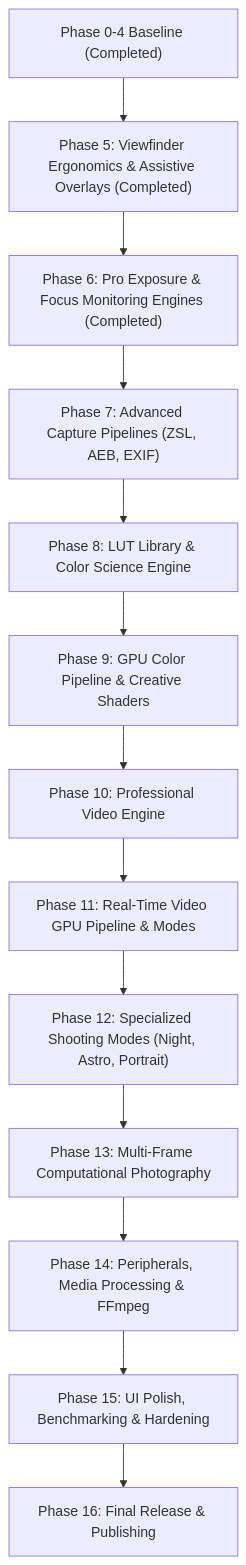
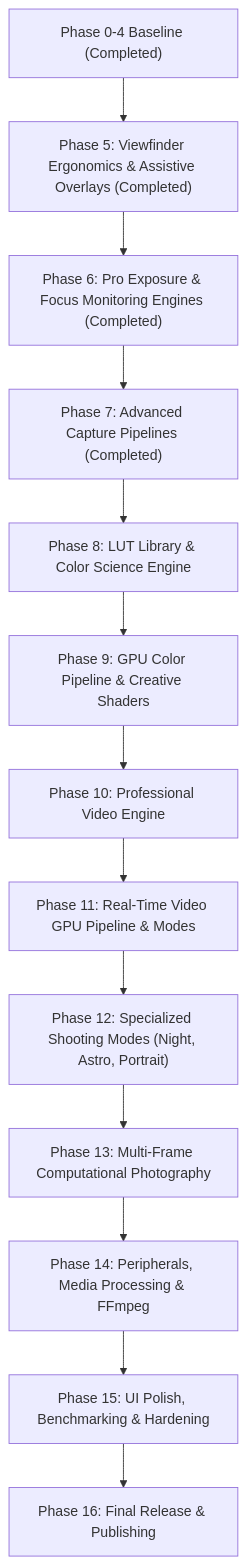
Before and after one commit to arybishal/Xamera: the diagram in docs/MASTER_IMPLEMENTATION_ROADMAP.md, drawn with Mermaid. The commit also changed other lines of this file and 52 other files, not shown here.

Commit message:
feat(camera): implement advanced capture and raw workflow

````diff
--- a/docs/MASTER_IMPLEMENTATION_ROADMAP.md
+++ b/docs/MASTER_IMPLEMENTATION_ROADMAP.md
@@ -41,15 +41,15 @@
 ```mermaid
 flowchart TD
     P4["Phase 0-4 Baseline (Completed)"] --> P5["Phase 5: Viewfinder Ergonomics & Assistive Overlays (Completed)"]
     P5 --> P6["Phase 6: Pro Exposure & Focus Monitoring Engines (Completed)"]
-    P6 --> P7["Phase 7: Advanced Capture Pipelines (ZSL, AEB, EXIF)"]
+    P6 --> P7["Phase 7: Advanced Capture Pipelines (Completed)"]
     P7 --> P8["Phase 8: LUT Library & Color Science Engine"]
     P8 --> P9["Phase 9: GPU Color Pipeline & Creative Shaders"]
     P9 --> P10["Phase 10: Professional Video Engine"]
     P10 --> P11["Phase 11: Real-Time Video GPU Pipeline & Modes"]
     P11 --> P12["Phase 12: Specialized Shooting Modes (Night, Astro, Portrait)"]
     P12 --> P13["Phase 13: Multi-Frame Computational Photography"]
     P13 --> P14["Phase 14: Peripherals, Media Processing & FFmpeg"]
     P14 --> P15["Phase 15: UI Polish, Benchmarking & Hardening"]
     P15 --> P16["Phase 16: Final Release & Publishing"]
 ```
````
